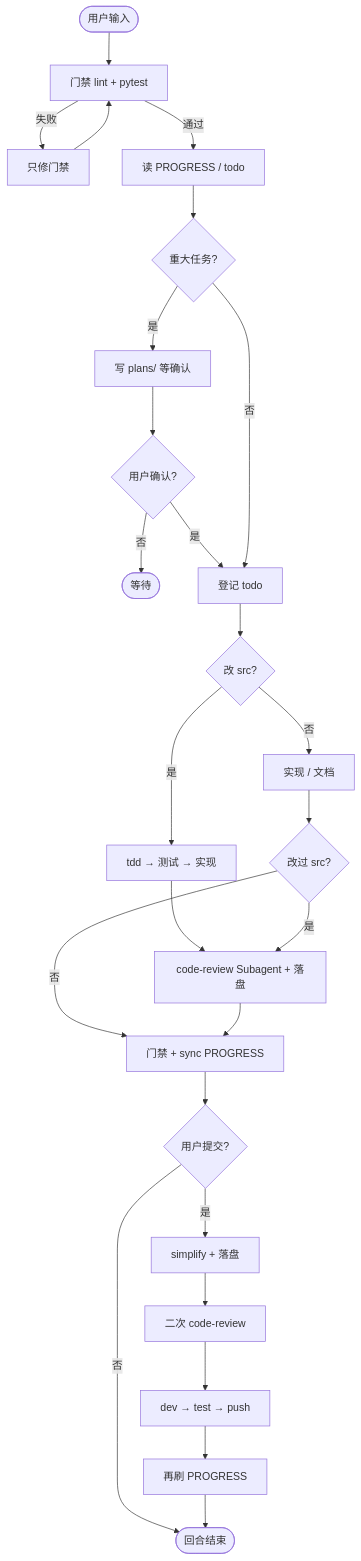
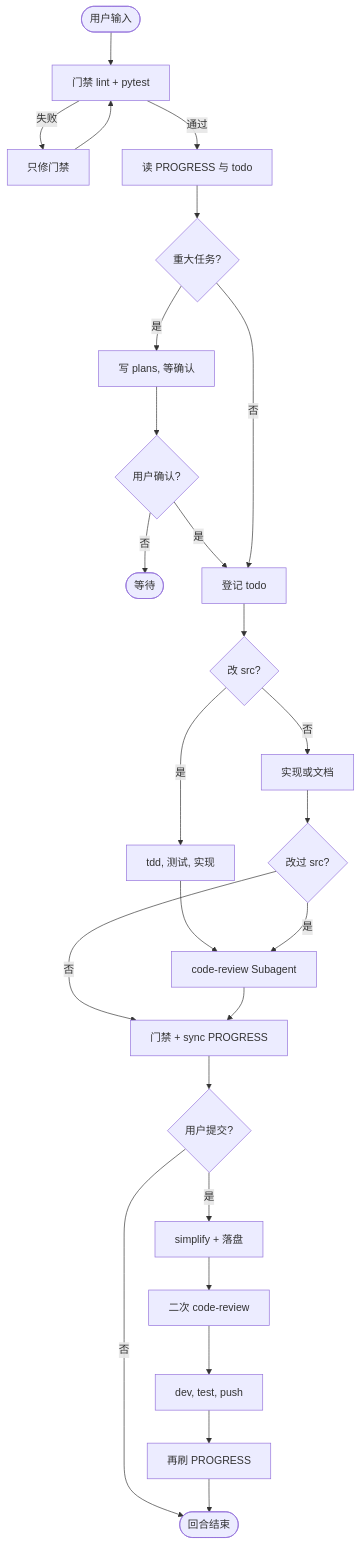
The second of 2 diagrams in docs/workflow.md (HYX-LHJ/mini-harness), drawn with Mermaid before and after one commit. The commit also changed other lines of this file and 1 other file, not shown here.

Commit message:
fix: mermaid diagrams for GitHub rendering
Quote node labels and replace -> and / in text that broke GitHub Mermaid parser.

````diff
--- a/docs/workflow.md
+++ b/docs/workflow.md
@@ -172,28 +172,28 @@
 ```mermaid
 flowchart TD
-    Start([用户输入]) --> Gate1[门禁 lint + pytest]
-    Gate1 -->|失败| FixGate[只修门禁]
+    Start(["用户输入"]) --> Gate1["门禁 lint + pytest"]
+    Gate1 -->|失败| FixGate["只修门禁"]
     FixGate --> Gate1
-    Gate1 -->|通过| Read[读 PROGRESS / todo]
-    Read --> PlanCheck{重大任务?}
-    PlanCheck -->|是| Plan[写 plans/ 等确认]
-    Plan --> UserOK{用户确认?}
-    UserOK -->|否| Wait([等待])
+    Gate1 -->|通过| Read["读 PROGRESS 与 todo"]
+    Read --> PlanCheck{"重大任务?"}
+    PlanCheck -->|是| Plan["写 plans, 等确认"]
+    Plan --> UserOK{"用户确认?"}
+    UserOK -->|否| Wait(["等待"])
     UserOK -->|是| Todo
-    PlanCheck -->|否| Todo[登记 todo]
-    Todo --> SrcCheck{改 src?}
-    SrcCheck -->|是| TDD[tdd → 测试 → 实现]
-    SrcCheck -->|否| Impl[实现 / 文档]
-    TDD --> Review[code-review Subagent + 落盘]
-    Impl --> ReviewCheck{改过 src?}
+    PlanCheck -->|否| Todo["登记 todo"]
+    Todo --> SrcCheck{"改 src?"}
+    SrcCheck -->|是| TDD["tdd, 测试, 实现"]
+    SrcCheck -->|否| Impl["实现或文档"]
+    TDD --> Review["code-review Subagent"]
+    Impl --> ReviewCheck{"改过 src?"}
     ReviewCheck -->|是| Review
     ReviewCheck -->|否| Gate2
-    Review --> Gate2[门禁 + sync PROGRESS]
-    Gate2 --> CommitCheck{用户提交?}
-    CommitCheck -->|否| End([回合结束])
-    CommitCheck -->|是| Simplify[simplify + 落盘]
-    Simplify --> Review2[二次 code-review]
-    Review2 --> Git[dev → test → push]
-    Git --> Sync[再刷 PROGRESS]
+    Review --> Gate2["门禁 + sync PROGRESS"]
+    Gate2 --> CommitCheck{"用户提交?"}
+    CommitCheck -->|否| End(["回合结束"])
+    CommitCheck -->|是| Simplify["simplify + 落盘"]
+    Simplify --> Review2["二次 code-review"]
+    Review2 --> Git["dev, test, push"]
+    Git --> Sync["再刷 PROGRESS"]
     Sync --> End
 ```
````
